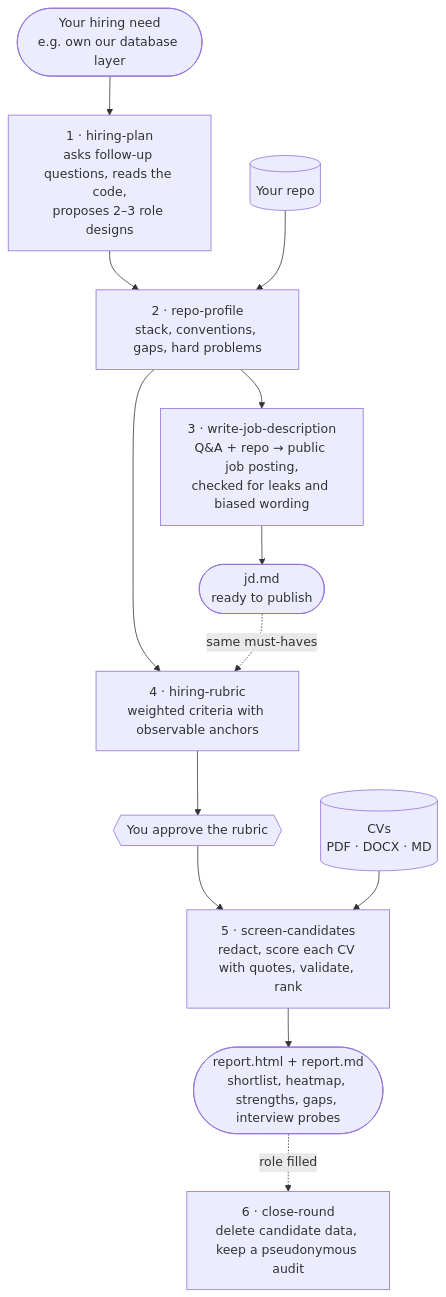
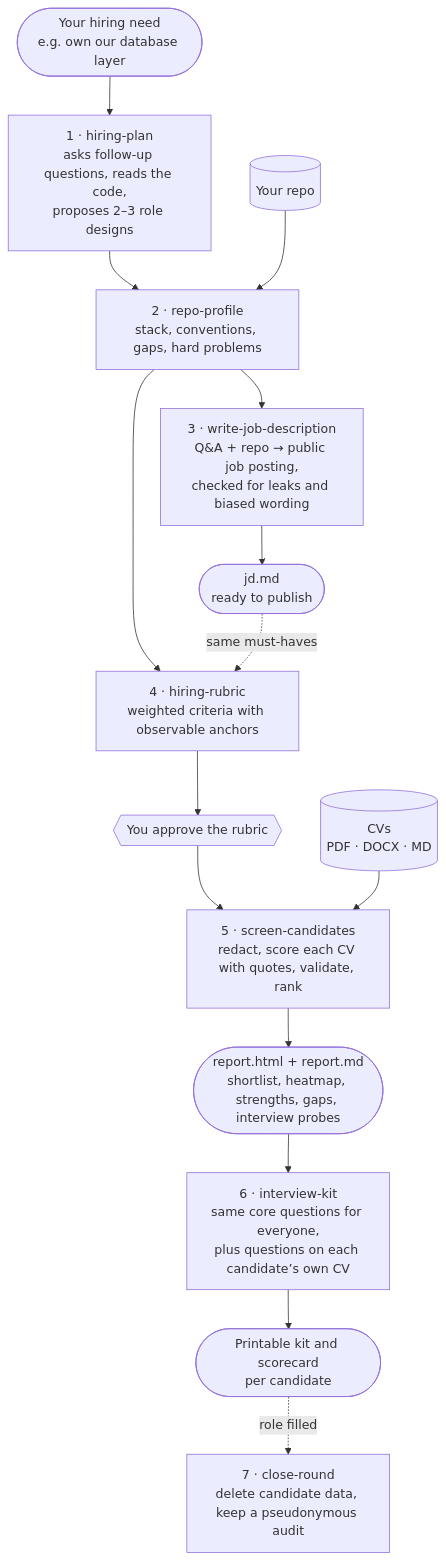
One commit to shikhar58/repo-aware-hiring changed the diagram in docs/assets/how-it-works.mmd. Above: the diagram before and after it, drawn with Mermaid. The commit also changed 25 other files, not shown here.

First line of the commit message:
Add interview-kit skill: structured, per-candidate interview kits (v0.7.0)

```diff
--- a/docs/assets/how-it-works.mmd
+++ b/docs/assets/how-it-works.mmd
@@ -1,13 +1,15 @@
 flowchart TB
     need(["Your hiring need<br/>e.g. own our database layer"]) --> plan["1 · hiring-plan<br/>asks follow-up questions, reads the code,<br/>proposes 2–3 role designs"]
     plan --> profile["2 · repo-profile<br/>stack, conventions, gaps, hard problems"]
     repo[("Your repo")] --> profile
     profile --> jdw["3 · write-job-description<br/>Q&A + repo → public job posting,<br/>checked for leaks and biased wording"]
     jdw --> post(["jd.md<br/>ready to publish"])
     profile --> rubric["4 · hiring-rubric<br/>weighted criteria with observable anchors"]
     post -. same must-haves .-> rubric
     rubric --> approve{{"You approve the rubric"}}
     approve --> screen["5 · screen-candidates<br/>redact, score each CV with quotes, validate, rank"]
     cvs[("CVs<br/>PDF · DOCX · MD")] --> screen
     screen --> report(["report.html + report.md<br/>shortlist, heatmap, strengths, gaps, interview probes"])
-    report -.->|role filled| close["6 · close-round<br/>delete candidate data, keep a pseudonymous audit"]
+    report --> kit["6 · interview-kit<br/>same core questions for everyone,<br/>plus questions on each candidate’s own CV"]
+    kit --> card(["Printable kit and scorecard<br/>per candidate"])
+    card -.->|role filled| close["7 · close-round<br/>delete candidate data, keep a pseudonymous audit"]
```
